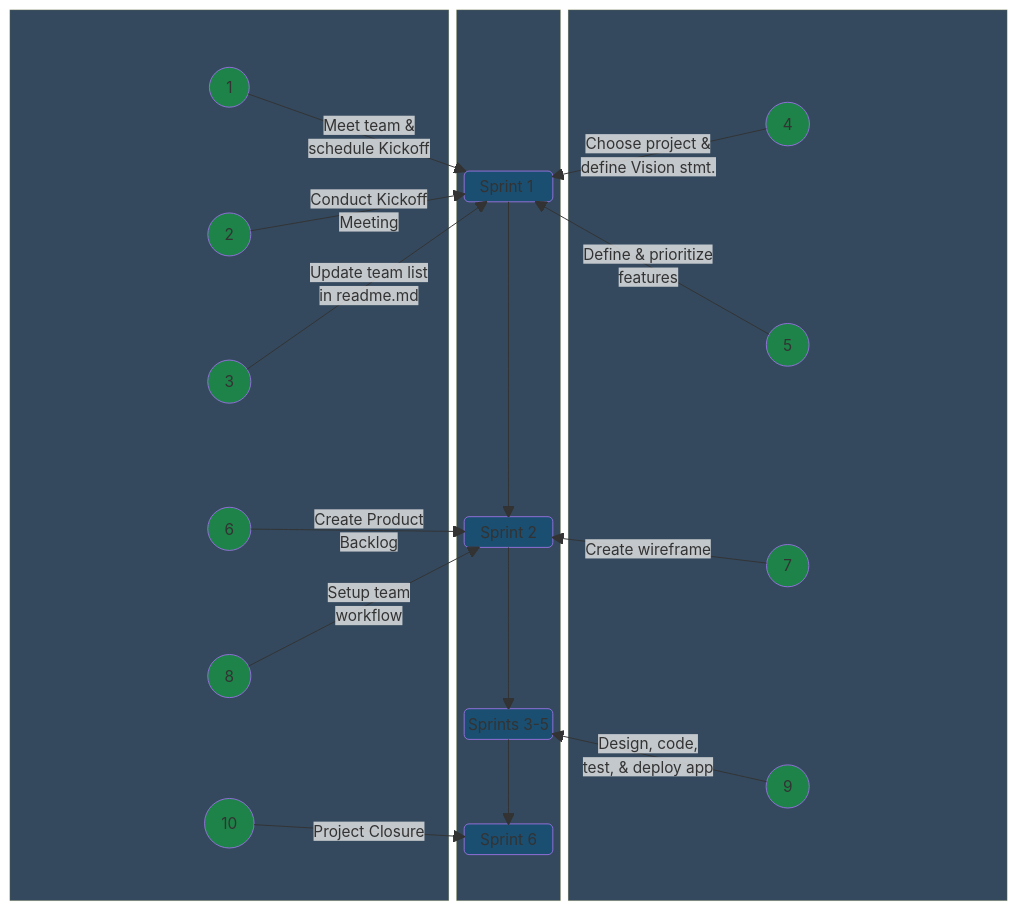
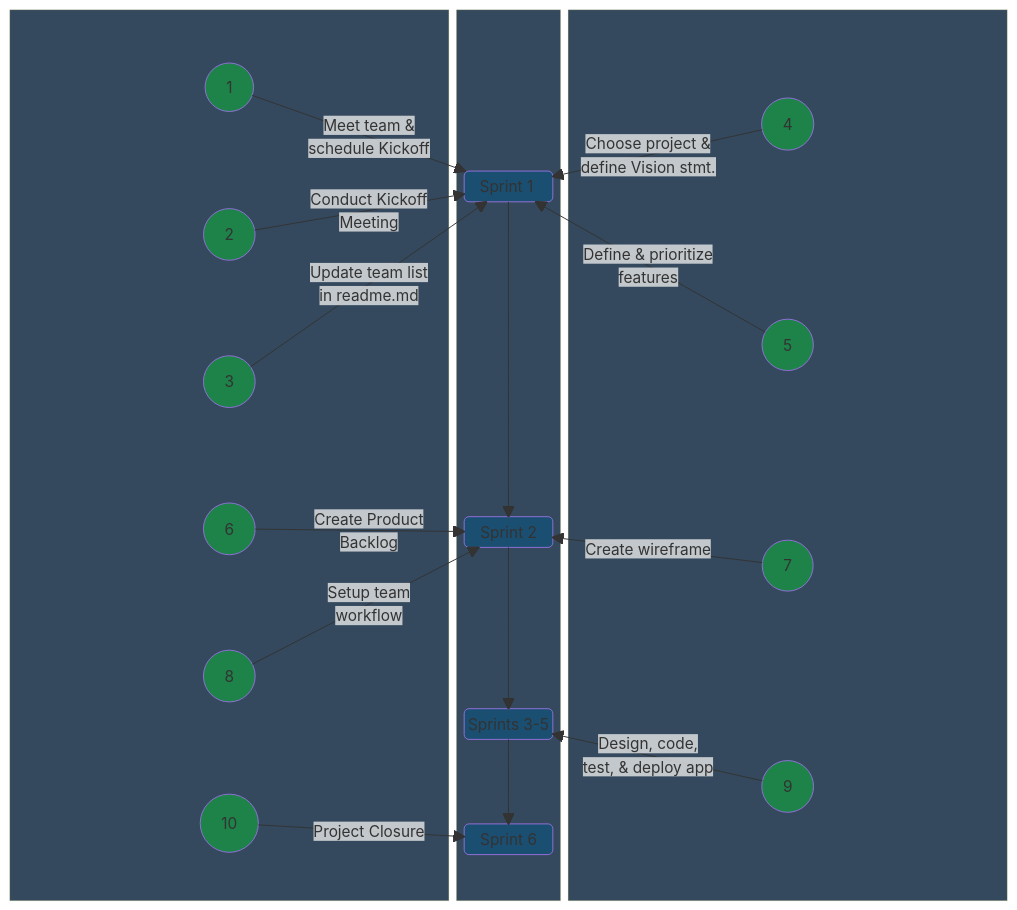
One commit to jdmedlock/mermaid_testing changed the diagram in README.md. Above: the diagram before and after it, drawn with Mermaid.

Commit message:
Feature: Recreate linear sprint diagram

````diff
--- a/README.md
+++ b/README.md
@@ -4,80 +4,80 @@
 ```mermaid
   block-beta
     columns 9
     block:LEFT:4
       columns 1
-      A1(("&nbsp;&nbsp; 1 &nbsp;&nbsp;"))
-      A2(("&nbsp;&nbsp; 2 &nbsp;&nbsp;"))
-      A3(("&nbsp;&nbsp; 3 &nbsp;&nbsp;"))
-      A6(("&nbsp;&nbsp; 6 &nbsp;&nbsp;"))
-      A8(("&nbsp;&nbsp; 8 &nbsp;&nbsp;"))
-      A10(("&nbsp;&nbsp; 10 &nbsp;&nbsp;"))
+      A1(("&nbsp;&nbsp;&nbsp; 1 &nbsp;&nbsp;&nbsp;"))
+      A2(("&nbsp;&nbsp;&nbsp; 2 &nbsp;&nbsp;&nbsp;"))
+      A3(("&nbsp;&nbsp;&nbsp; 3 &nbsp;&nbsp;&nbsp;"))
+      A6(("&nbsp;&nbsp;&nbsp; 6 &nbsp;&nbsp;&nbsp;"))
+      A8(("&nbsp;&nbsp;&nbsp; 8 &nbsp;&nbsp;&nbsp;"))
+      A10(("&nbsp;&nbsp;&nbsp; 10 &nbsp;&nbsp;&nbsp;"))
     end
     
     block:CENTER:1
       columns 1
       space
       space
       space
       space
       SPRINT1("Sprint 1&nbsp;")
       space
       space
       space
       space
       space
       space
       space
       space
       SPRINT2("Sprint 2")
       space
       space
       space
       space
       SPRINT35("Sprints 3-5")
       space
       space
       SPRINT6("Sprint 6")
       space
     end
     
     block:RIGHT:4
       columns 1
-      A4(("&nbsp;&nbsp; 4 &nbsp;&nbsp;"))
-      A5(("&nbsp;&nbsp; 5 &nbsp;&nbsp;"))
-      A7(("&nbsp;&nbsp; 7 &nbsp;&nbsp;"))
-      A9(("&nbsp;&nbsp; 9 &nbsp;&nbsp;"))
+      A4(("&nbsp;&nbsp;&nbsp; 4 &nbsp;&nbsp;&nbsp;"))
+      A5(("&nbsp;&nbsp;&nbsp; 5 &nbsp;&nbsp;&nbsp;"))
+      A7(("&nbsp;&nbsp;&nbsp; 7 &nbsp;&nbsp;&nbsp;"))
+      A9(("&nbsp;&nbsp;&nbsp; 9 &nbsp;&nbsp;&nbsp;"))
     end
 
     SPRINT1 --> SPRINT2
     SPRINT2 --> SPRINT35
     SPRINT35 --> SPRINT6
     A1 -- "Meet team &</br>schedule Kickoff" --> SPRINT1
     A2 -- "Conduct Kickoff</br>Meeting" --> SPRINT1
     A3 -- "Update team list</br>in readme.md" --> SPRINT1
     A4 -- "Choose project &</br>define Vision stmt." --> SPRINT1
     A5 -- "Define & prioritize</br>features" --> SPRINT1
     A6 -- "Create Product</br>Backlog" --> SPRINT2
     A7 -- "Create wireframe" --> SPRINT2
     A8 -- "Setup team</br>workflow" --> SPRINT2
     A9 -- "Design, code,</br>test, & deploy app" --> SPRINT35
     A10 -- "Project Closure" --> SPRINT6
 
     style LEFT fill:#34495e
     style CENTER fill:#34495e
     style RIGHT fill:#34495e
     style A1 fill:#1d8348
     style A2 fill:#1d8348
     style A3 fill:#1d8348
     style A4 fill:#1d8348
     style A5 fill:#1d8348
     style A6 fill:#1d8348
     style A7 fill:#1d8348
     style A8 fill:#1d8348
     style A9 fill:#1d8348
     style A10 fill:#1d8348
     style SPRINT1 fill:#1b4f72
     style SPRINT2 fill:#1b4f72
     style SPRINT35 fill:#1b4f72
     style SPRINT6 fill:#1b4f72
 ```
````
